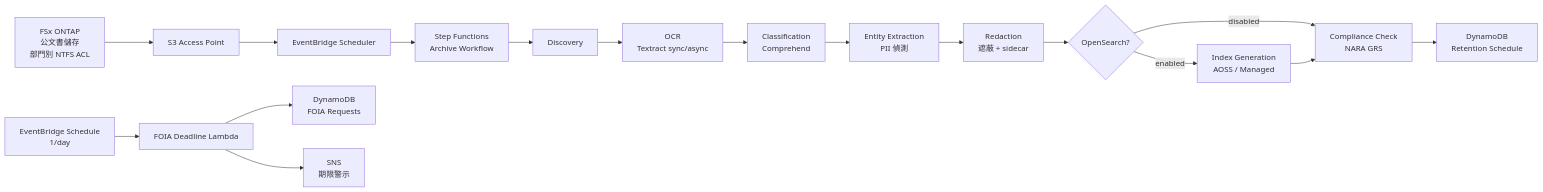
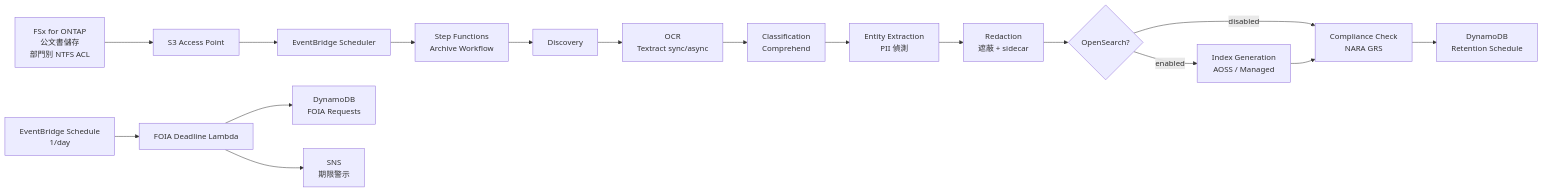
Before and after one commit to Yoshiki0705/FSx-for-ONTAP-S3AccessPoints-Serverless-Patterns: the diagram in government-archives/docs/architecture.zh-TW.md, drawn with Mermaid. The commit also changed other lines of this file and 752 other files, not shown here.

````diff
--- a/government-archives/docs/architecture.zh-TW.md
+++ b/government-archives/docs/architecture.zh-TW.md
@@ -15,20 +15,20 @@
 ```mermaid
 graph LR
-    FSx[FSx ONTAP<br/>公文書儲存<br/>部門別 NTFS ACL] --> S3AP[S3 Access Point]
+    FSx[FSx for ONTAP<br/>公文書儲存<br/>部門別 NTFS ACL] --> S3AP[S3 Access Point]
     S3AP --> EB[EventBridge Scheduler]
     EB --> SFN[Step Functions<br/>Archive Workflow]
     SFN --> L1[Discovery]
     L1 --> L2[OCR<br/>Textract sync/async]
     L2 --> L3[Classification<br/>Comprehend]
     L3 --> L4[Entity Extraction<br/>PII 偵測]
     L4 --> L5[Redaction<br/>遮蔽 + sidecar]
     L5 --> C{OpenSearch?}
     C -->|enabled| L6[Index Generation<br/>AOSS / Managed]
     C -->|disabled| L7
     L6 --> L7[Compliance Check<br/>NARA GRS]
     L7 --> DDB[DynamoDB<br/>Retention Schedule]
 
     FD[EventBridge Schedule<br/>1/day] --> FL[FOIA Deadline Lambda]
     FL --> FDB[DynamoDB<br/>FOIA Requests]
     FL --> SNS[SNS<br/>期限警示]
 ```
````
